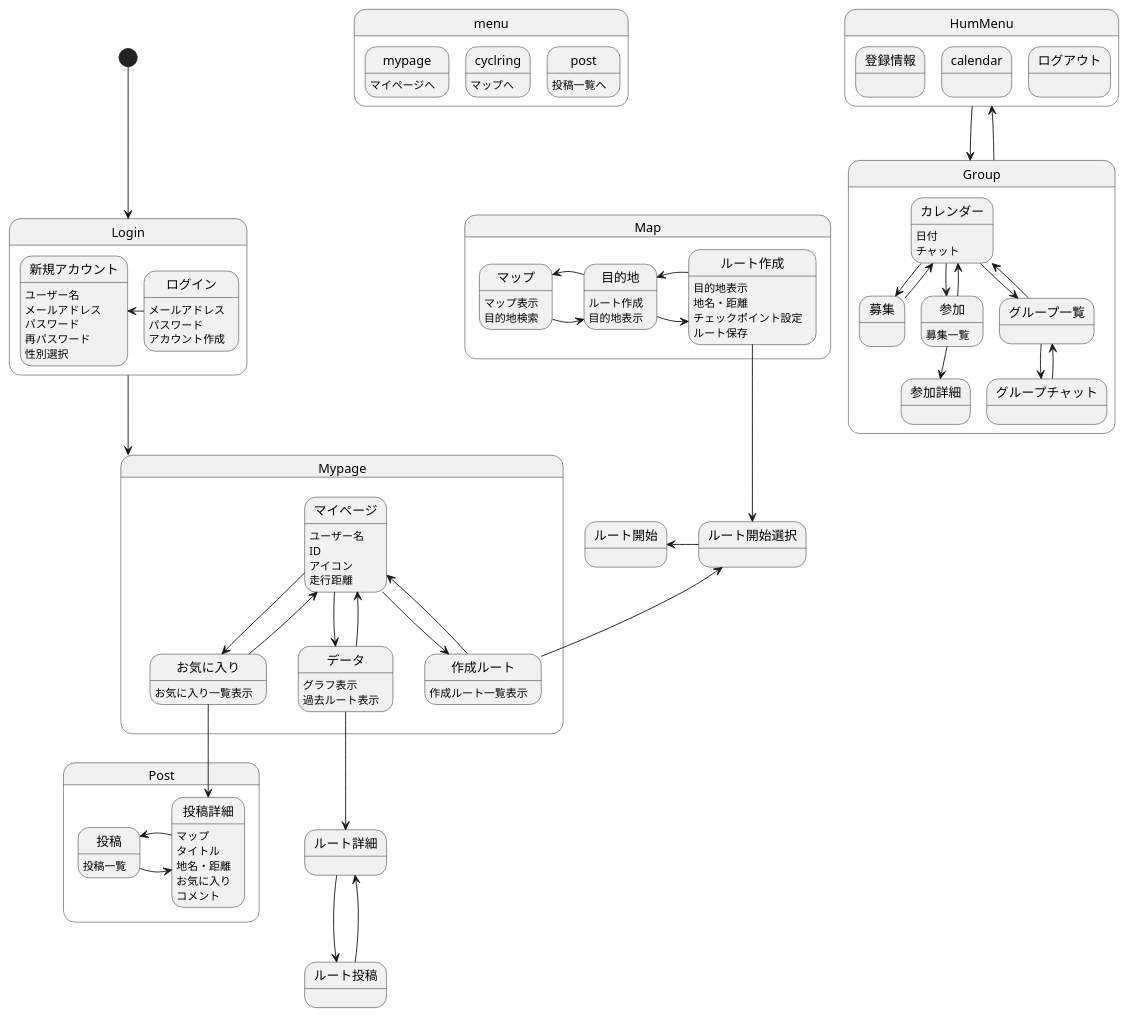
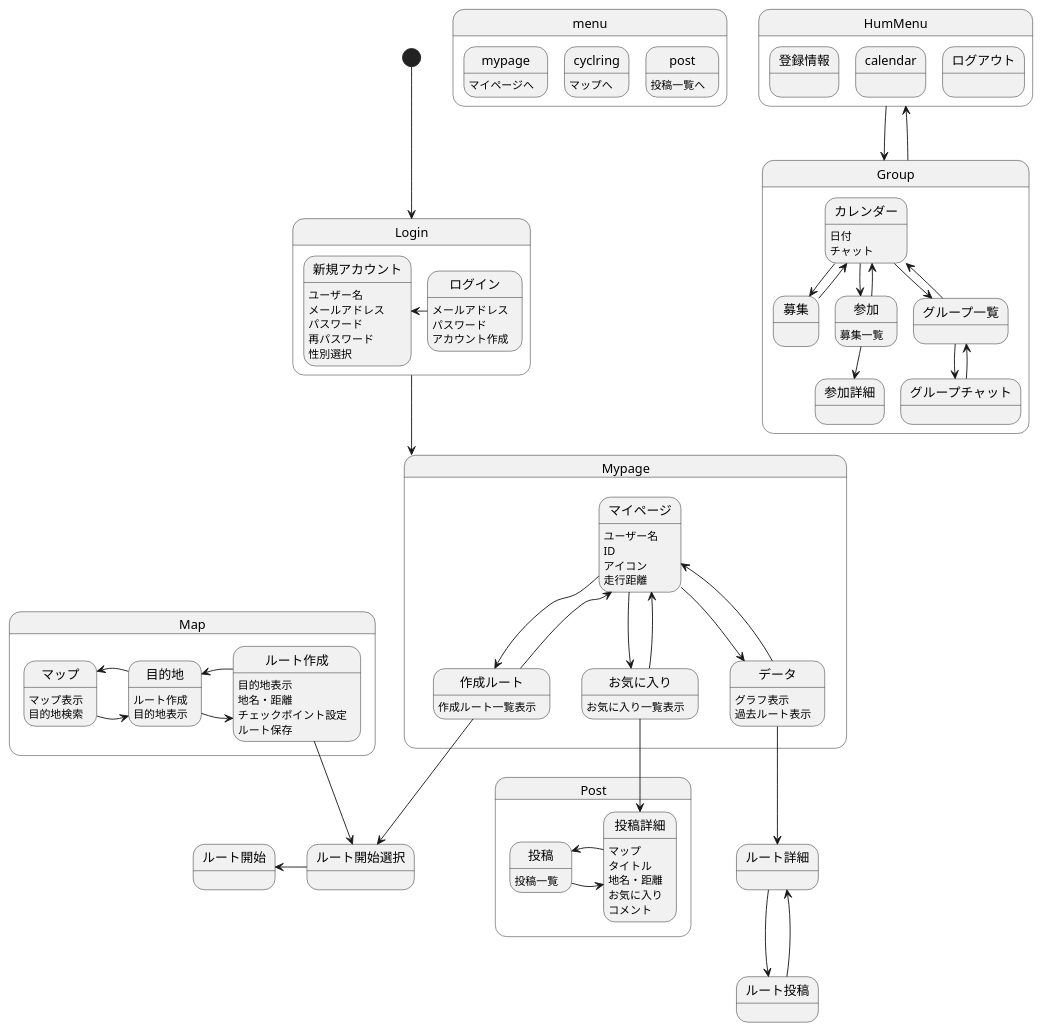
The diagram in 画面遷移図/gm.md (AsoSD3A3/CyclingSystem), drawn with PlantUML before and after one commit.

```diff
--- a/画面遷移図/gm.md
+++ b/画面遷移図/gm.md
@@ -82,7 +82,7 @@
 ルート作成:ルート保存
 }
 
-作成ルート-up->ルート開始選択
+作成ルート-down->ルート開始選択
 ルート作成-->ルート開始選択
 ルート開始選択-left->ルート開始
 
```
